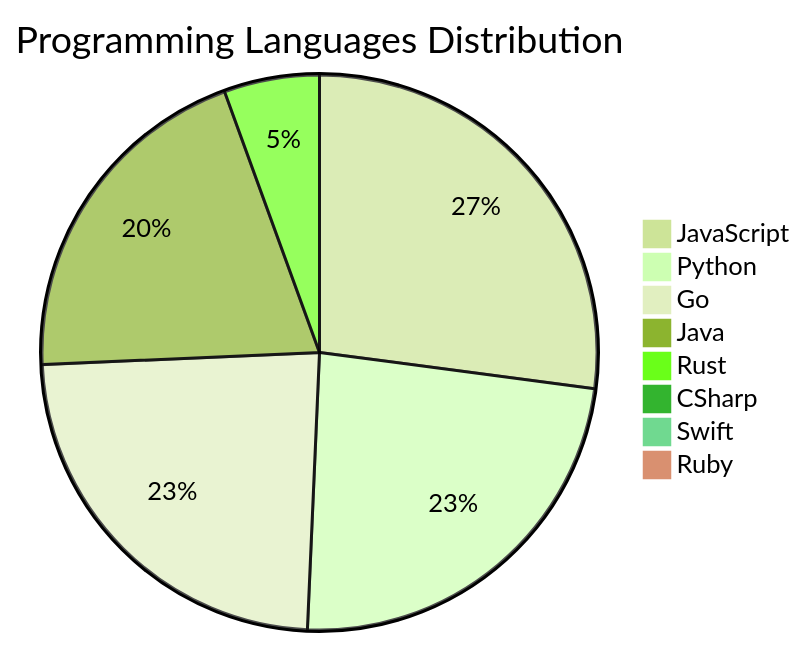
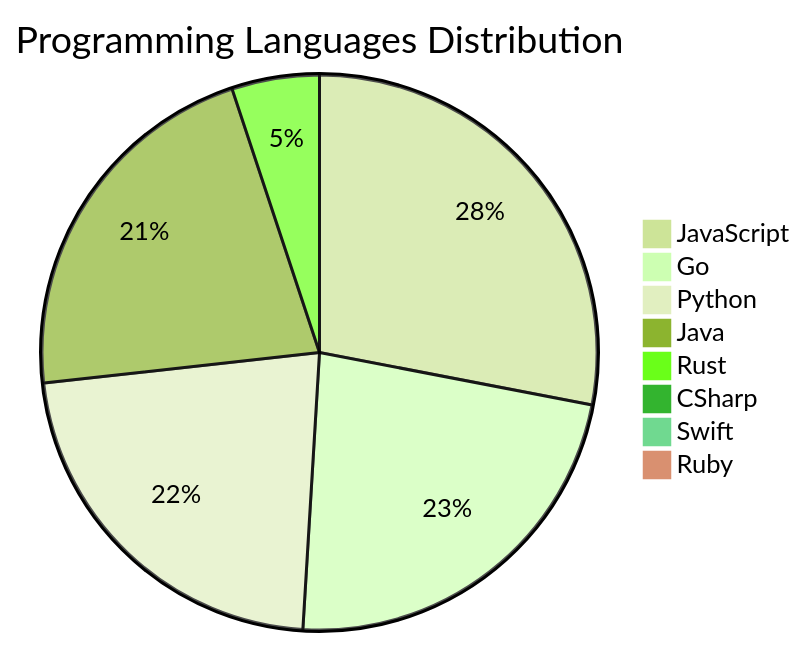
Before and after one commit to Derrick-MUGISHA/github-activity-bot: the diagram in README.md, drawn with Mermaid (forest theme). The commit also changed other lines of this file and 4 other files, not shown here.

````diff
--- a/README.md
+++ b/README.md
@@ -209,11 +209,11 @@
 ```mermaid
 pie title Programming Languages Distribution
-    "JavaScript" : 39
-    "Python" : 34
-    "Go" : 34
-    "Java" : 29
+    "JavaScript" : 44
+    "Go" : 36
+    "Python" : 35
+    "Java" : 34
     "Rust" : 8
     "CSharp" : 1
     "Swift" : 1
     "Ruby" : 1
 ```
````
